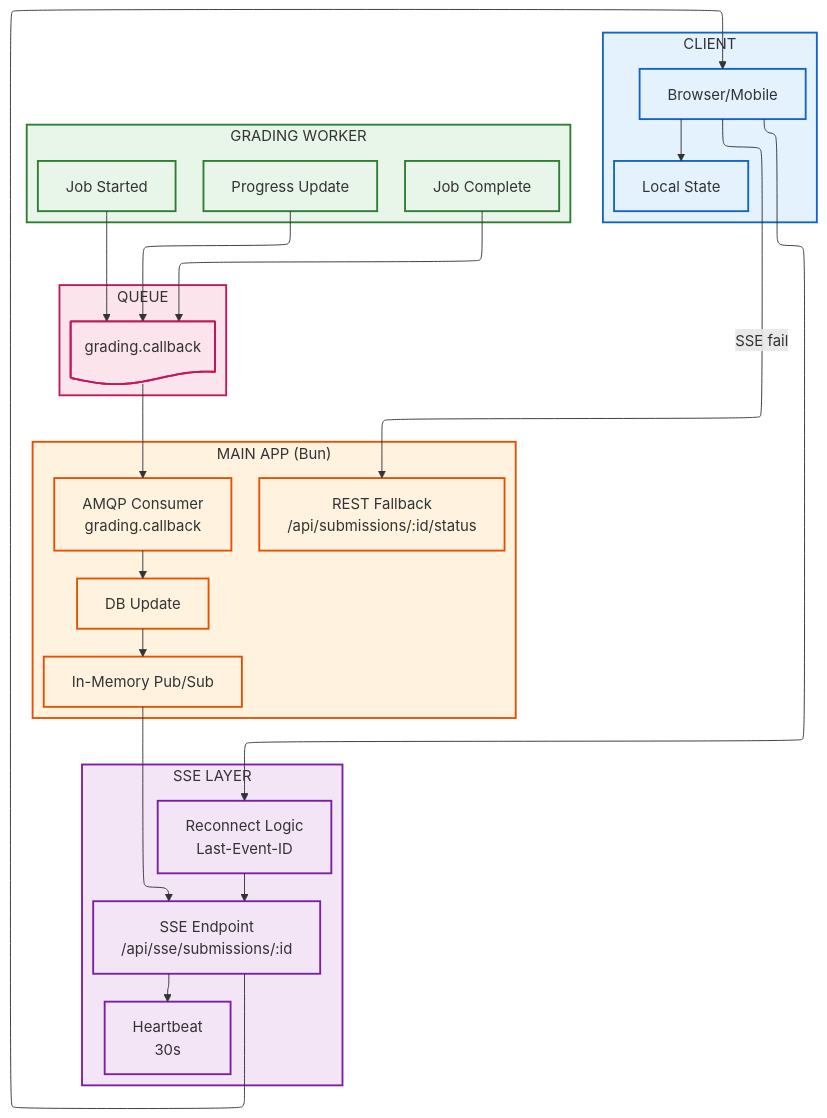
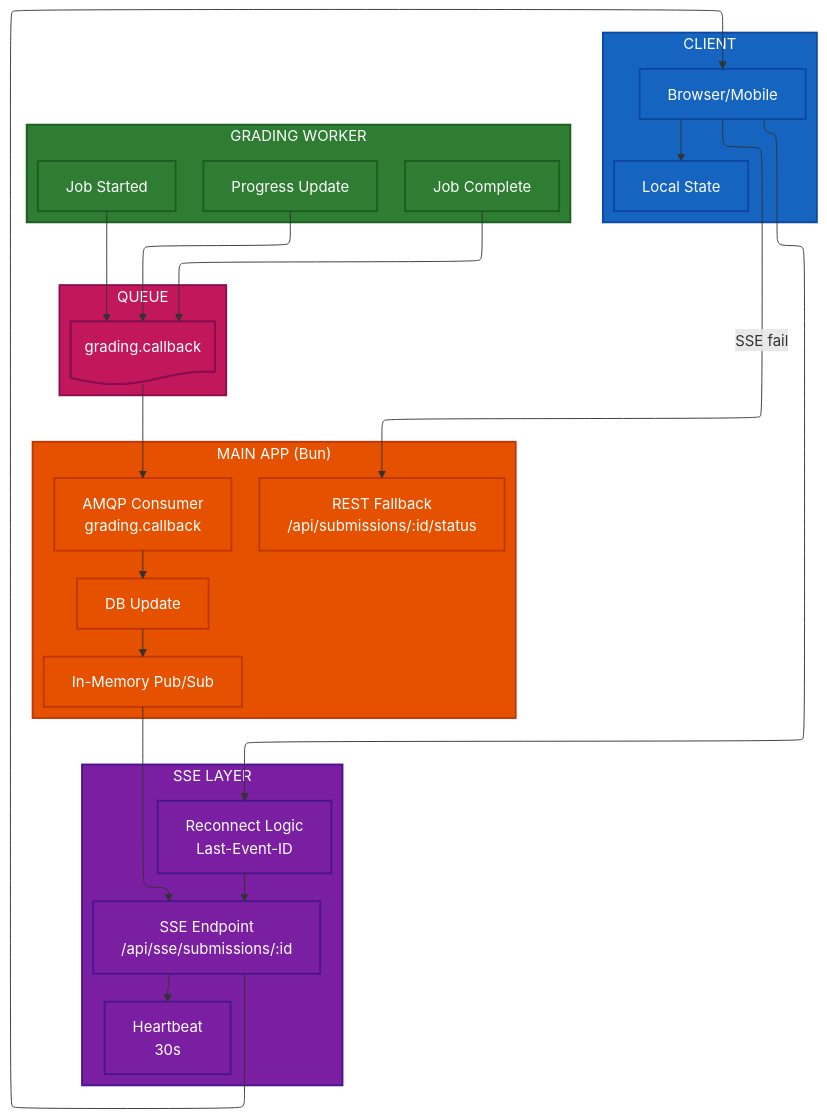
Before and after one commit to nghyane/VSTEP: the seventh of 12 diagrams in docs/capstone/diagrams/flow-diagrams.vi.md, drawn with Mermaid. The commit also changed other lines of this file, not shown here.

First line of the commit message:
fix(docs): update diagram colors for dark mode compatibility

````diff
--- a/docs/capstone/diagrams/flow-diagrams.vi.md
+++ b/docs/capstone/diagrams/flow-diagrams.vi.md
@@ -325,58 +325,58 @@
 ```mermaid
 ---
 config:
   layout: elk
 ---
 flowchart TB
     subgraph Client["CLIENT"]
         Browser["Browser/Mobile"]
         LocalState["Local State"]
     end
 
     subgraph SSE["SSE LAYER"]
         Endpoint["SSE Endpoint<br/>/api/sse/submissions/:id"]
         Heartbeat["Heartbeat<br/>30s"]
         Reconnect["Reconnect Logic<br/>Last-Event-ID"]
     end
 
     subgraph Bun["MAIN APP (Bun)"]
         Consumer["AMQP Consumer<br/>grading.callback"]
         PubSub["In-Memory Pub/Sub"]
         DBUpdate["DB Update"]
         Fallback["REST Fallback<br/>/api/submissions/:id/status"]
     end
 
     subgraph Worker["GRADING WORKER"]
         JobStart["Job Started"]
         Progress["Progress Update"]
         JobComplete["Job Complete"]
     end
 
     subgraph Queue["QUEUE"]
         CbQueue@{ shape: doc, label: "grading.callback" }
     end
 
     JobStart --> CbQueue
     Progress --> CbQueue
     JobComplete --> CbQueue
     
     CbQueue --> Consumer --> DBUpdate --> PubSub --> Endpoint
     Endpoint --> Browser --> LocalState
     
     Browser -->|"SSE fail"| Fallback
     
     Endpoint --> Heartbeat
     Browser --> Reconnect --> Endpoint
 
-    classDef client fill:#e3f2fd,stroke:#1565c0,stroke-width:2px
-    classDef sse fill:#f3e5f5,stroke:#7b1fa2,stroke-width:2px
-    classDef bun fill:#fff3e0,stroke:#e65100,stroke-width:2px
-    classDef worker fill:#e8f5e9,stroke:#2e7d32,stroke-width:2px
-    classDef queue fill:#fce4ec,stroke:#c2185b,stroke-width:2px
+    classDef client fill:#1565c0,stroke:#0d47a1,stroke-width:2px,color:#fff
+    classDef sse fill:#7b1fa2,stroke:#4a148c,stroke-width:2px,color:#fff
+    classDef bun fill:#e65100,stroke:#bf360c,stroke-width:2px,color:#fff
+    classDef worker fill:#2e7d32,stroke:#1b5e20,stroke-width:2px,color:#fff
+    classDef queue fill:#c2185b,stroke:#880e4f,stroke-width:2px,color:#fff
 
     class Client,Browser,LocalState client
     class SSE,Endpoint,Heartbeat,Reconnect sse
     class Bun,Consumer,PubSub,DBUpdate,Fallback bun
     class Worker,JobStart,Progress,JobComplete worker
     class Queue,CbQueue queue
 ```
````
